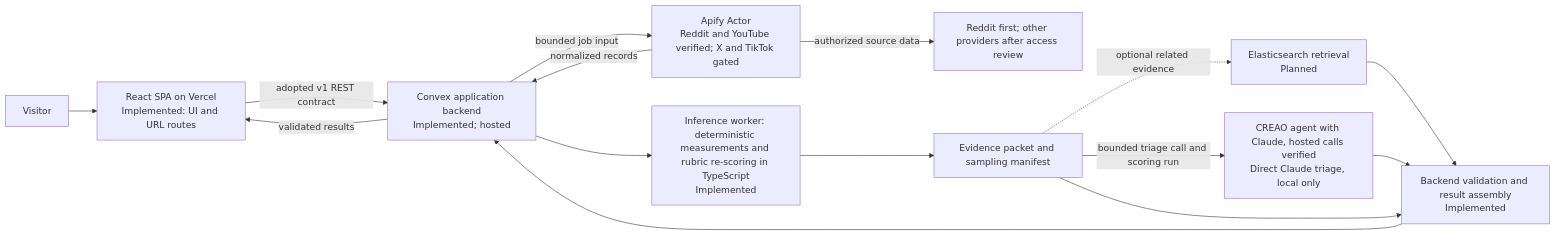
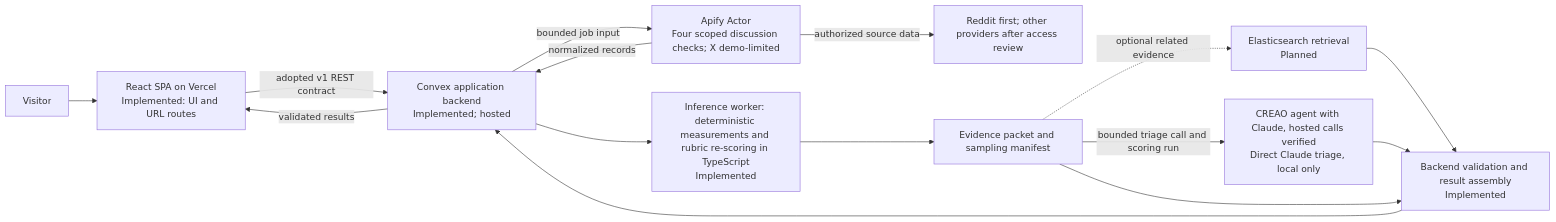
Before and after one commit to deadinternettheory-calhacks/dead-internet-theory: the second of 2 diagrams in SPEC.md, drawn with Mermaid. The commit also changed other lines of this file and 29 other files, not shown here.

Commit message:
feat: enable reviewed X and TikTok collectors with share-link support

````diff
--- a/SPEC.md
+++ b/SPEC.md
@@ -166,17 +166,17 @@
 ```mermaid
 flowchart LR
     Person[Visitor] --> Web[React SPA on Vercel<br/>Implemented: UI and URL routes]
     Web -->|adopted v1 REST contract| Convex[Convex application backend<br/>Implemented; hosted]
-    Convex -->|bounded job input| Apify[Apify Actor<br/>Reddit and YouTube verified; X and TikTok gated]
+    Convex -->|bounded job input| Apify[Apify Actor<br/>Four scoped discussion checks; X demo-limited]
     Apify -->|authorized source data| Platform[Reddit first; other providers after access review]
     Apify -->|normalized records| Convex
     Convex --> Python[Inference worker: deterministic measurements and rubric re-scoring in TypeScript<br/>Implemented]
     Python --> Packet[Evidence packet and sampling manifest]
     Packet -. optional related evidence .-> Elastic[Elasticsearch retrieval<br/>Planned]
     Packet -->|bounded triage call and scoring run| CREAO[CREAO agent with Claude, hosted calls verified<br/>Direct Claude triage, local only]
     Elastic --> Validate[Backend validation and result assembly<br/>Implemented]
     CREAO --> Validate
     Packet --> Validate
     Validate --> Convex
     Convex -->|validated results| Web
 ```
````
